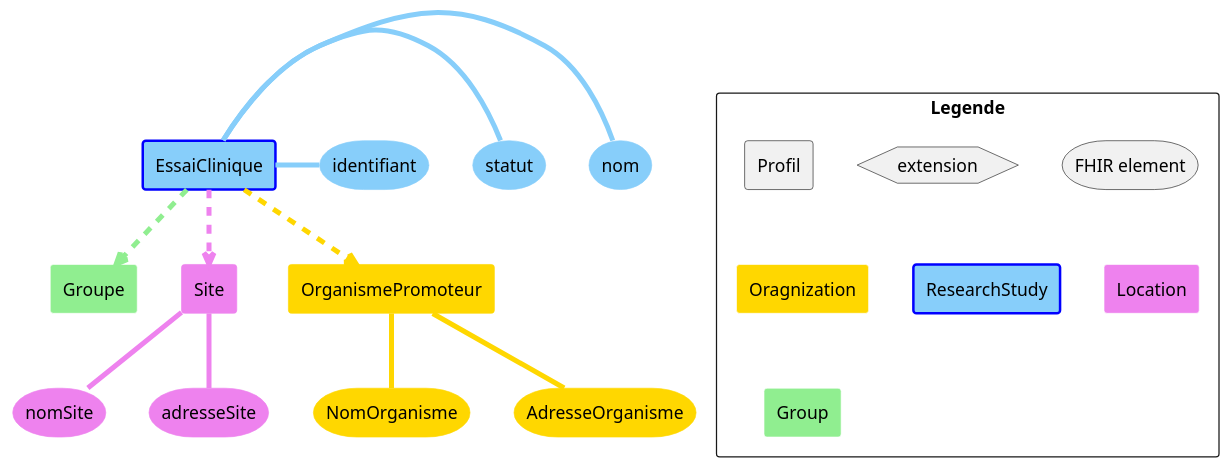
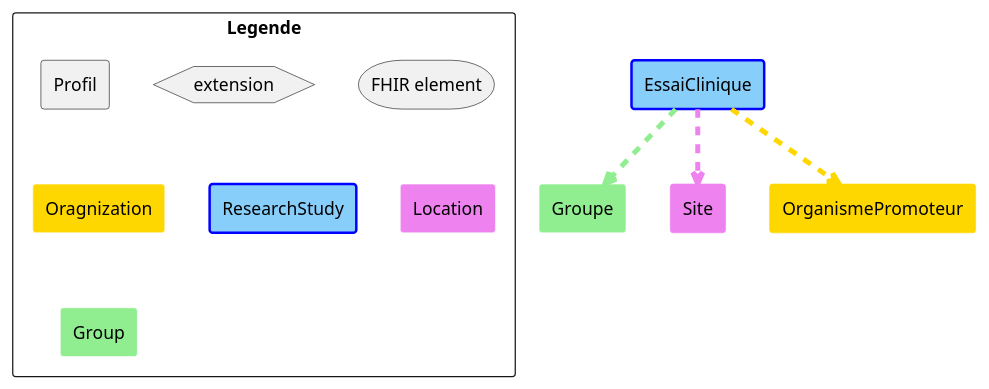
The diagram in input/images-source/vueGlobale.plantuml (ansforge/essais-cliniques), drawn with PlantUML before and after one commit. The commit also changed 1 other file, not shown here.

```diff
--- a/input/images-source/vueGlobale.plantuml
+++ b/input/images-source/vueGlobale.plantuml
@@ -1,48 +1,33 @@
 @startuml vueGlobale
 
 'Declaration des éléments
 rectangle EssaiClinique #LightSkyBlue;line:Blue;line.bold;text:Black
-    storage identifiant #LightSkyBlue;line:LightSkyBlue;text:Black
-    storage nom #LightSkyBlue;line:LightSkyBlue;text:Black
-    storage statut #LightSkyBlue;line:LightSkyBlue;text:Black
 
 rectangle Groupe #LightGreen;line:white;text:Black
 
 
 rectangle Site #Violet;line:Violet;text:Black
-    storage nomSite #Violet;line:Violet;text:Black
-    storage adresseSite #Violet;line:Violet;text:Black
 
 
 rectangle OrganismePromoteur #Gold;line:Gold;text:Black
-    storage NomOrganisme #Gold;line:Gold;text:Black
-    storage AdresseOrganisme #Gold;line:Gold;text:Black
+
 
 'Liens entre éléments
 EssaiClinique -[#LightGreen,dashed,thickness=4]-> Groupe
 EssaiClinique -[#Violet,dashed,thickness=4]-> Site
 EssaiClinique -[#Gold,dashed,thickness=4]-> OrganismePromoteur
 
-EssaiClinique -[#LightSkyBlue,thickness=4] nom
-EssaiClinique -[#LightSkyBlue,thickness=4] statut
-EssaiClinique -[#LightSkyBlue,thickness=4] identifiant
-
-OrganismePromoteur -[#Gold,thickness=4]- NomOrganisme
-OrganismePromoteur -[#Gold,thickness=4]- AdresseOrganisme
-
-Site -[#Violet,thickness=4]- nomSite
-Site -[#Violet,thickness=4]- adresseSite
 
 'Legende
 rectangle Legende {
     rectangle Profil
     hexagon extension 
     storage "FHIR element"
 
     rectangle Oragnization #Gold;line:white;text:Black
     rectangle ResearchStudy #LightSkyBlue;line:Blue;line.bold;text:Black
     rectangle Location #Violet;line:white;text:Black
     rectangle Group #LightGreen;line:white;text:Black
 }
 
 @enduml
```
